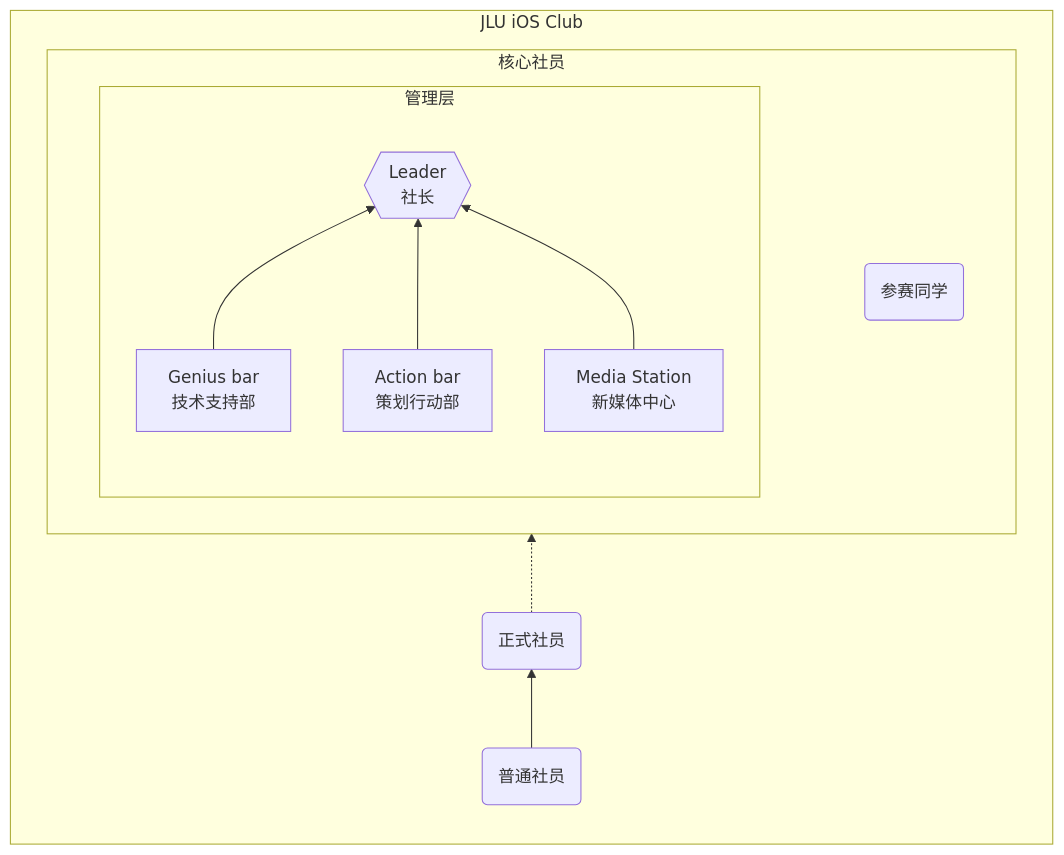
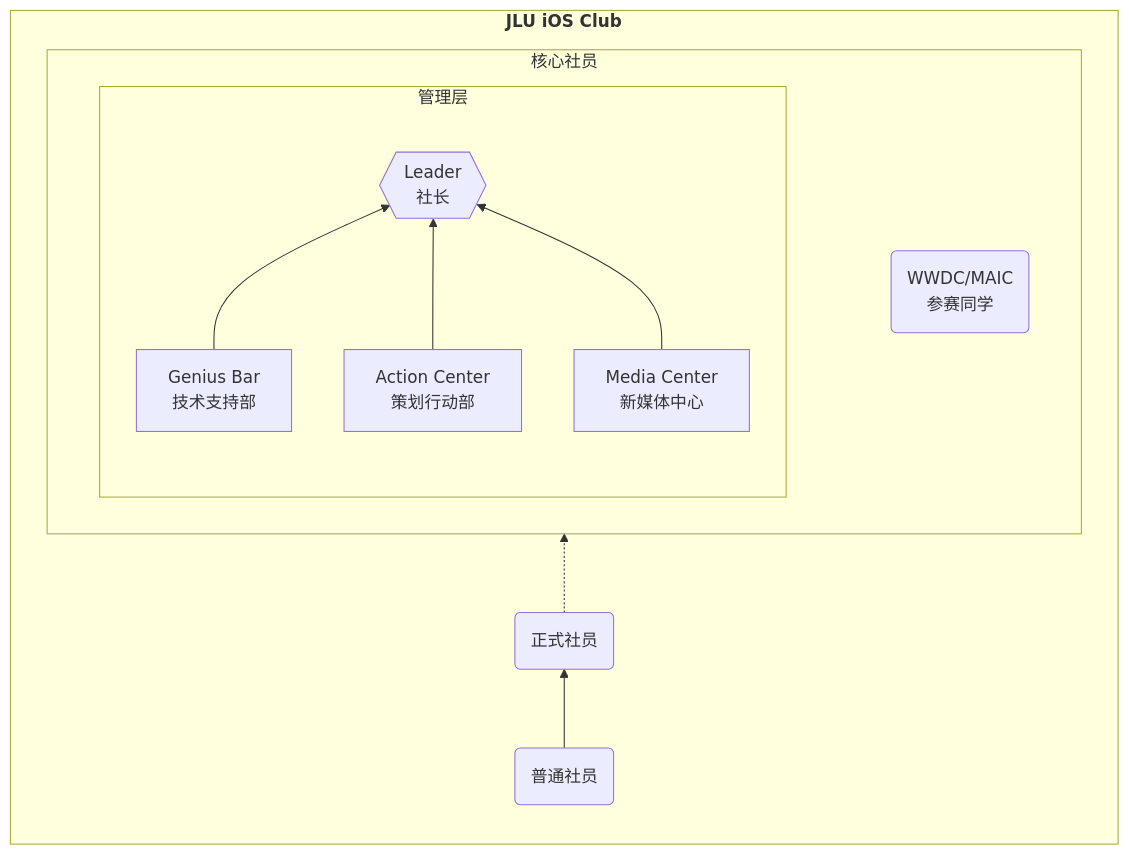
One commit to Doers-Dreamers-iOS-Club/JLUiOSClub_Web changed the diagram in docs/join-us/index.md. Above: the diagram before and after it, drawn with Mermaid. The commit also changed other lines of this file and 12 other files, not shown here.

````diff
--- a/docs/join-us/index.md
+++ b/docs/join-us/index.md
@@ -21,17 +25,18 @@
 ```mermaid
+%%{init: {"flowchart": {"htmlLabels": false}} }%%
 flowchart BT
-    subgraph club[JLU iOS Club]
+    subgraph club["`**JLU iOS Club**`"]
     direction BT
         normal(普通社员) --> verified(正式社员) -.-> core
         subgraph core[核心社员]
             direction LR
             subgraph manage[管理层]
             direction BT
-                code[Genius bar<br>技术支持部] --> leader{{Leader<br>社长}}
-                action[Action bar<br>策划行动部] --> leader
-                media[Media Station<br>新媒体中心] --> leader
+                code[Genius Bar<br>技术支持部] --> leader{{Leader<br>社长}}
+                action[Action Center<br>策划行动部] --> leader
+                media[Media Center<br>新媒体中心] --> leader
             end
-            manage ~~~ competition(参赛同学)
+            manage ~~~ competition("WWDC/MAIC<br>参赛同学")
         end
     end
 ```
````
